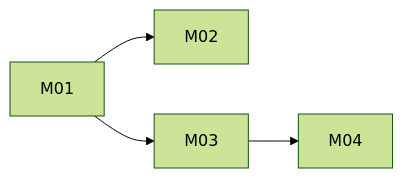
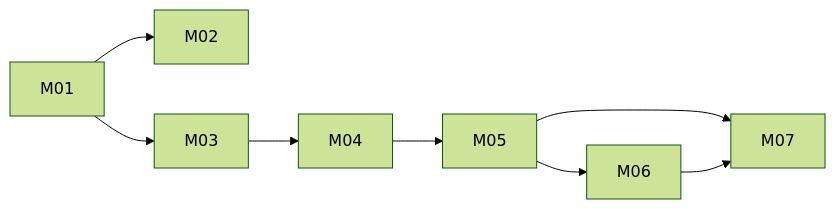
One commit to sue-btis/arch-mind changed the diagram in docs/build/plan.md. Above: the diagram before and after it, drawn with Mermaid (forest theme). The commit also changed other lines of this file and 15 other files, not shown here.

````diff
--- a/docs/build/plan.md
+++ b/docs/build/plan.md
@@ -30,6 +32,10 @@
 ```mermaid
 graph LR
   M01 --> M02
   M01 --> M03
   M03 --> M04
+  M04 --> M05
+  M05 --> M06
+  M05 --> M07
+  M06 --> M07
 ```
````
